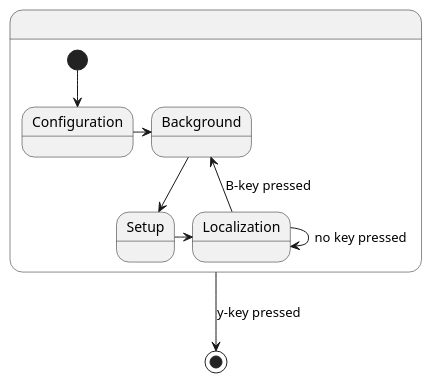
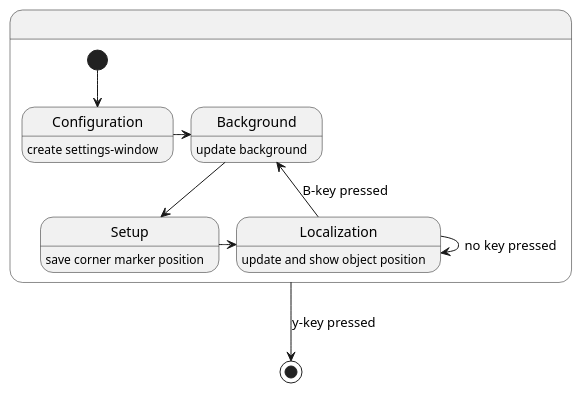
Before and after one commit to NewTec-GmbH/SpaceShipRadar: the diagram in doc/uml/state.puml, drawn with PlantUML.

Commit message:
added description for states

```diff
--- a/doc/uml/state.puml
+++ b/doc/uml/state.puml
@@ -1,20 +1,24 @@
 @startuml state
 ' skinparam monochrome true
 
 state .{
 state Configuration
+Configuration : create settings-window
 state Background
+Background : update background
 state Setup
+Setup : save corner marker position
 state Localization
+Localization : update and show object position
 
 [*] --> Configuration
 Configuration -> Background
 Background --> Setup
 Setup -> Localization
 Localization -> Background : B-key pressed
 Localization -> Localization : no key pressed
 }
 
 . --> [*] : y-key pressed
 
 @enduml
```
